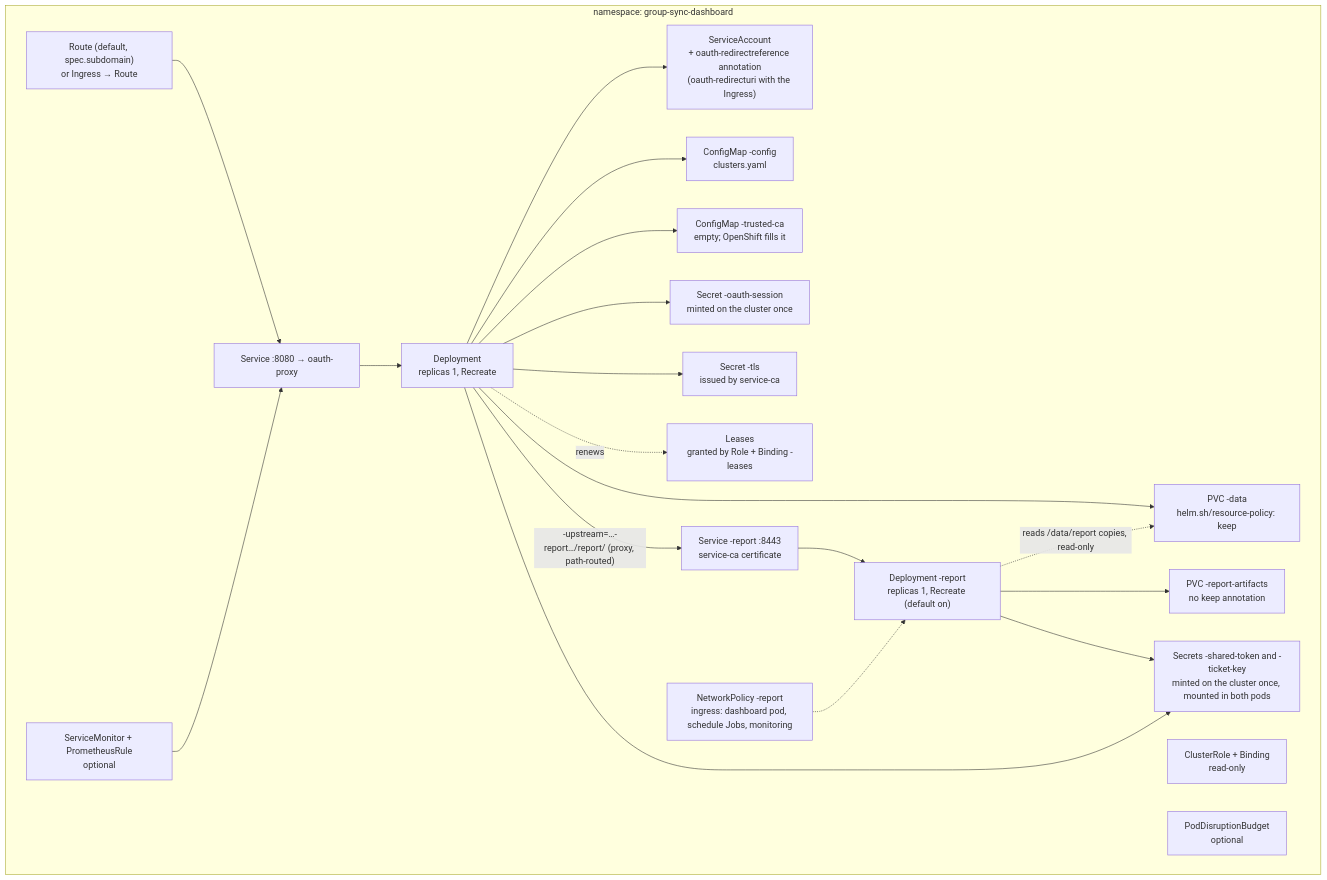
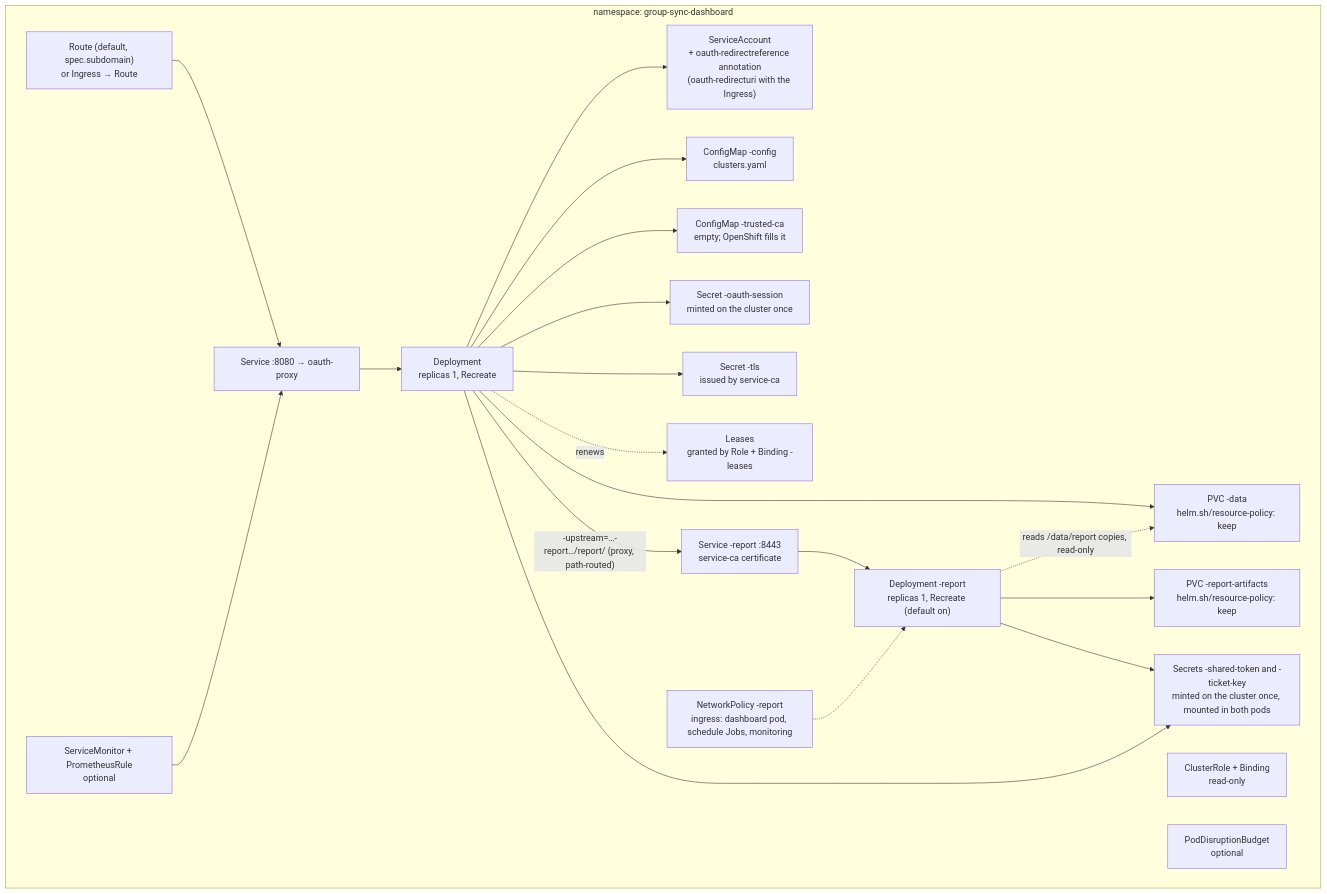
Before and after one commit to ephico2real2/group-sync-dashboard: the eighth of 10 diagrams in docs/guides/reference-architecture.md, drawn with Mermaid. The commit also changed other lines of this file and 2 other files, not shown here.

First line of the commit message:
docs: the reference architecture checked against the code and the lab (audit batch 5)

````diff
--- a/docs/guides/reference-architecture.md
+++ b/docs/guides/reference-architecture.md
@@ -1139,34 +1167,34 @@
 ```mermaid
 flowchart TB
   subgraph ns["namespace: group-sync-dashboard"]
     sa["ServiceAccount<br/>+ oauth-redirectreference annotation<br/>(oauth-redirecturi with the Ingress)"]
     cr["ClusterRole + Binding<br/>read-only"]
     cm["ConfigMap -config<br/>clusters.yaml"]
     tca["ConfigMap -trusted-ca<br/>empty; OpenShift fills it"]
     sec["Secret -oauth-session<br/>minted on the cluster once"]
     tls["Secret -tls<br/>issued by service-ca"]
     dep["Deployment<br/>replicas 1, Recreate"]
     pvc["PVC -data<br/>helm.sh/resource-policy: keep"]
     svc["Service :8080 → oauth-proxy"]
     ing["Route (default, spec.subdomain)<br/>or Ingress → Route"]
     lease["Leases<br/>granted by Role + Binding -leases"]
     pdb["PodDisruptionBudget<br/>optional"]
     sm["ServiceMonitor + PrometheusRule<br/>optional"]
     rdep["Deployment -report<br/>replicas 1, Recreate (default on)"]
     rsvc["Service -report :8443<br/>service-ca certificate"]
-    rpvc["PVC -report-artifacts<br/>no keep annotation"]
+    rpvc["PVC -report-artifacts<br/>helm.sh/resource-policy: keep"]
     rsec["Secrets -shared-token and -ticket-key<br/>minted on the cluster once, mounted in both pods"]
     rnp["NetworkPolicy -report<br/>ingress: dashboard pod, schedule Jobs, monitoring"]
   end
   dep --> cm & tca & sec & tls & pvc & sa
   svc --> dep
   ing --> svc
   sm --> svc
   dep -.->|renews| lease
   dep -->|"-upstream=…-report…/report/ (proxy, path-routed)"| rsvc
   rsvc --> rdep
   rdep --> rpvc & rsec
   rdep -.->|"reads /data/report copies, read-only"| pvc
   dep --> rsec
   rnp -.-> rdep
 ```
````
